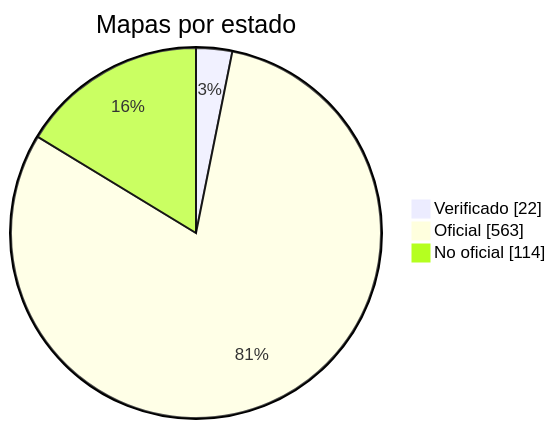
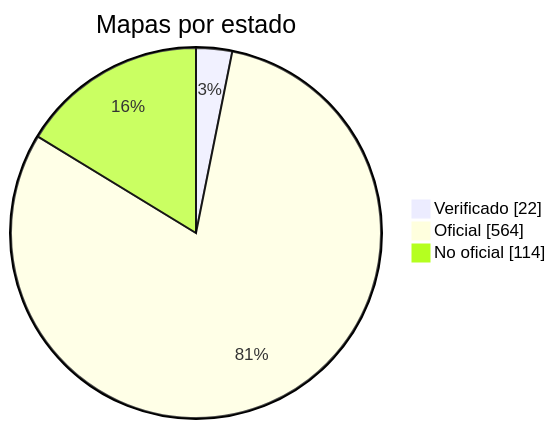
Before and after one commit to nobrega8/mbmap-library: the diagram in docs/readme/README_ES.md, drawn with Mermaid. The commit also changed 6 other files, not shown here.

````diff
--- a/docs/readme/README_ES.md
+++ b/docs/readme/README_ES.md
@@ -54,7 +54,7 @@
 ```mermaid
 pie showData
     title Mapas por estado
     "Verificado" : 22
-    "Oficial" : 563
+    "Oficial" : 564
     "No oficial" : 114
 ```
````
